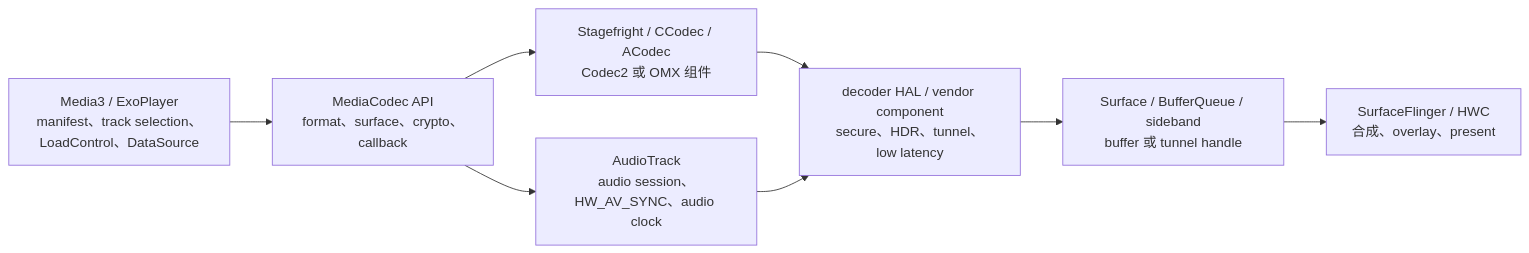
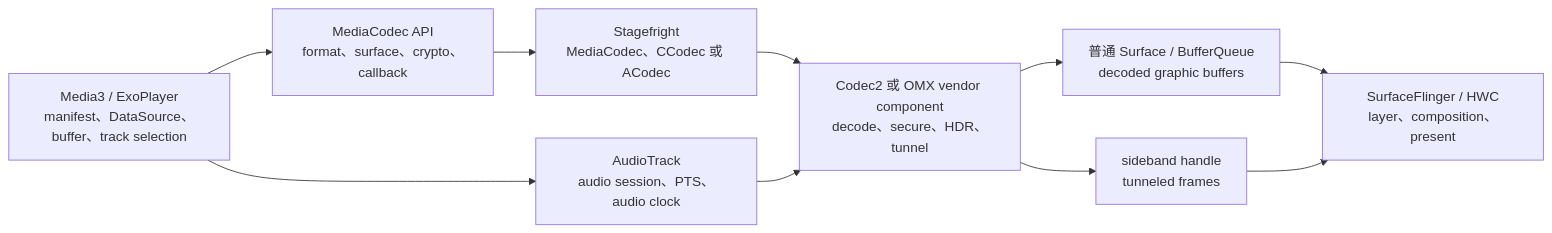
The diagram in src/part2-performance/ch18-rendering-pipelines/23-media-codec2-tunneled-media3-abr.md (Gracker/android-internals-wiki), drawn with Mermaid before and after one commit. The commit also changed other lines of this file, not shown here.

Commit message:
docs: review Codec2 tunnel and Media3 ABR

````diff
--- a/src/part2-performance/ch18-rendering-pipelines/23-media-codec2-tunneled-media3-abr.md
+++ b/src/part2-performance/ch18-rendering-pipelines/23-media-codec2-tunneled-media3-abr.md
@@ -87,10 +93,12 @@
 ```mermaid
 flowchart LR
-    A[Media3 / ExoPlayer<br/>manifest、track selection、LoadControl、DataSource] --> B[MediaCodec API<br/>format、surface、crypto、callback]
-    B --> C[Stagefright / CCodec / ACodec<br/>Codec2 或 OMX 组件]
-    C --> D[decoder HAL / vendor component<br/>secure、HDR、tunnel、low latency]
-    D --> E[Surface / BufferQueue / sideband<br/>buffer 或 tunnel handle]
-    E --> F[SurfaceFlinger / HWC<br/>合成、overlay、present]
-    B --> G[AudioTrack<br/>audio session、HW_AV_SYNC、audio clock]
-    G --> D
+    M3["Media3 / ExoPlayer<br/>manifest、DataSource、buffer、track selection"] --> MC["MediaCodec API<br/>format、surface、crypto、callback"]
+    MC --> ST["Stagefright<br/>MediaCodec、CCodec 或 ACodec"]
+    ST --> V["Codec2 或 OMX vendor component<br/>decode、secure、HDR、tunnel"]
+    V --> N["普通 Surface / BufferQueue<br/>decoded graphic buffers"]
+    N --> SF["SurfaceFlinger / HWC<br/>layer、composition、present"]
+    V --> SB["sideband handle<br/>tunneled frames"]
+    SB --> SF
+    M3 --> AT["AudioTrack<br/>audio session、PTS、audio clock"]
+    AT --> V
 ```
````
